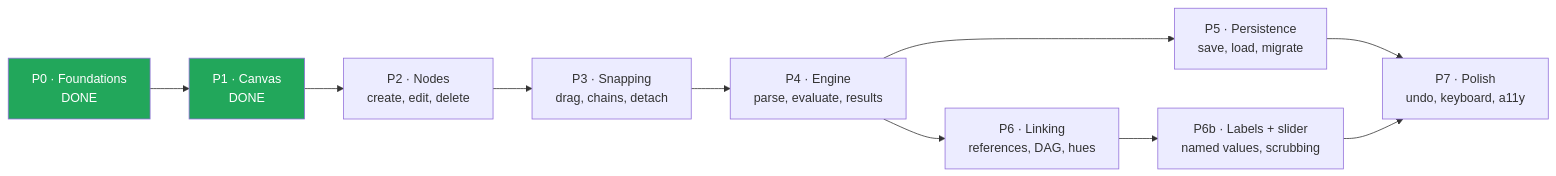
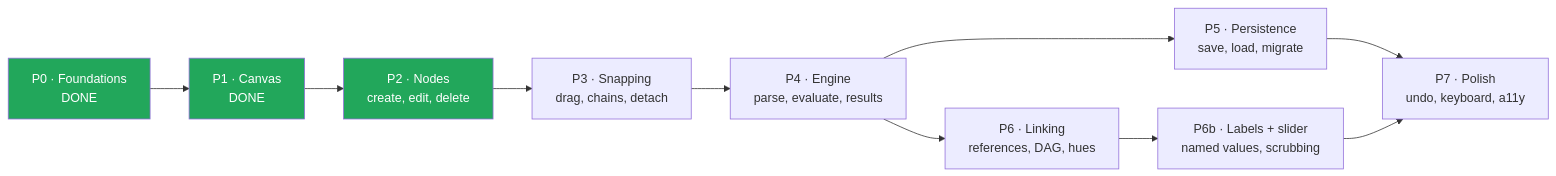
Before and after one commit to tousifosman/CalcMind: the diagram in docs/DEVELOPMENT_PLAN.md, drawn with Mermaid. The commit also changed other lines of this file and 3 other files, not shown here.

````diff
--- a/docs/DEVELOPMENT_PLAN.md
+++ b/docs/DEVELOPMENT_PLAN.md
@@ -47,14 +47,15 @@
 ```mermaid
 flowchart LR
     P0["P0 · Foundations<br/>DONE"] --> P1["P1 · Canvas<br/>DONE"]
     P1 --> P2["P2 · Nodes<br/>create, edit, delete"]
     P2 --> P3["P3 · Snapping<br/>drag, chains, detach"]
     P3 --> P4["P4 · Engine<br/>parse, evaluate, results"]
     P4 --> P5["P5 · Persistence<br/>save, load, migrate"]
     P4 --> P6["P6 · Linking<br/>references, DAG, hues"]
     P6 --> P6b["P6b · Labels + slider<br/>named values, scrubbing"]
     P5 --> P7["P7 · Polish<br/>undo, keyboard, a11y"]
     P6b --> P7
     style P0 fill:#22A75B,color:#fff
     style P1 fill:#22A75B,color:#fff
+    style P2 fill:#22A75B,color:#fff
 ```
````
